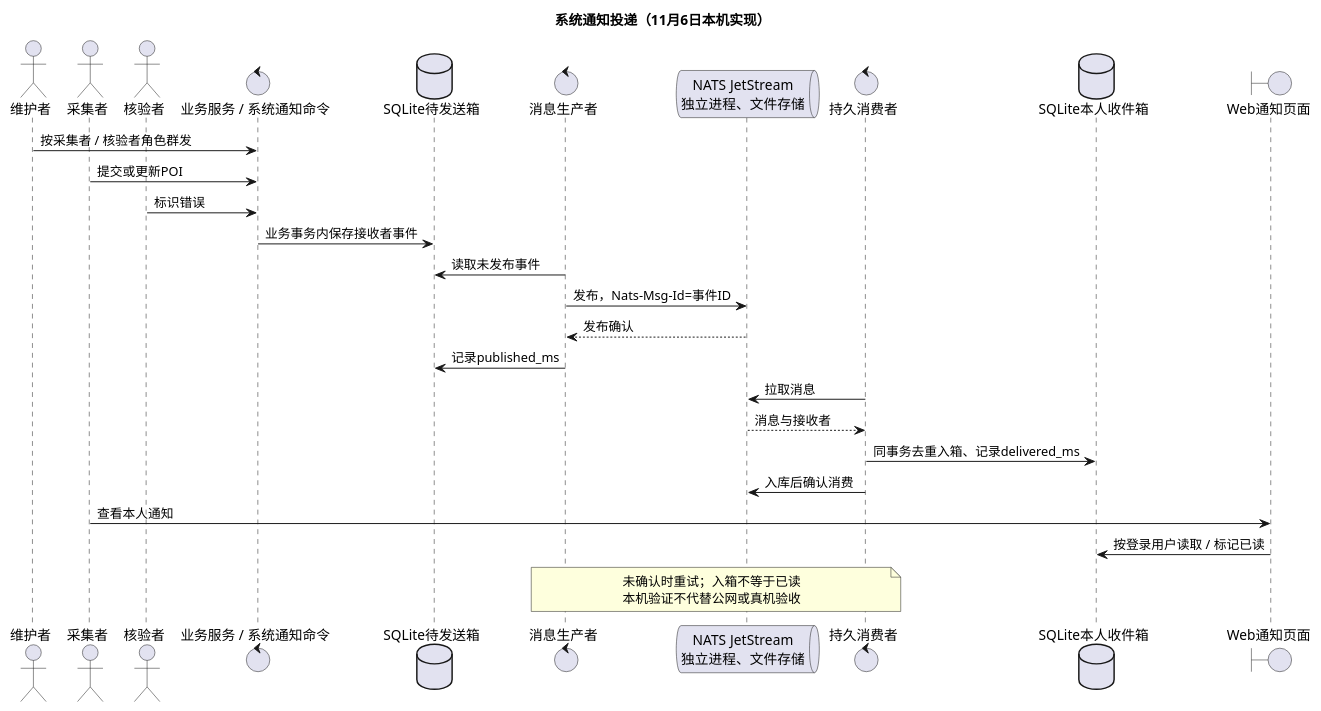
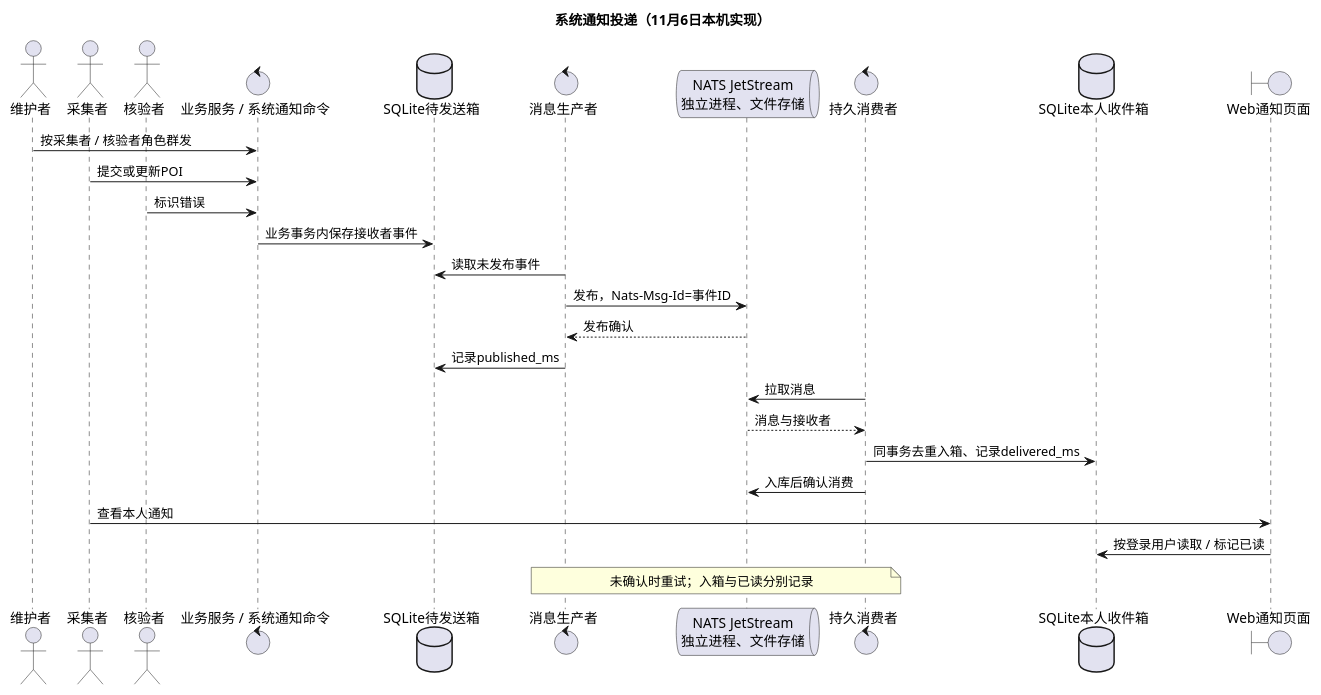
The diagram in docs/diagrams/notifications.puml (Florian-yang/mapqc-sadp-practice), drawn with PlantUML before and after one commit. The commit also changed 33 other files, not shown here.

```diff
--- a/docs/diagrams/notifications.puml
+++ b/docs/diagrams/notifications.puml
@@ -1,28 +1,28 @@
 @startuml
 title 系统通知投递（11月6日本机实现）
 actor 维护者
 actor 采集者
 actor 核验者
 control "业务服务 / 系统通知命令" as Business
 database "SQLite待发送箱" as Outbox
 control "消息生产者" as Producer
 queue "NATS JetStream\n独立进程、文件存储" as NATS
 control "持久消费者" as Consumer
 database "SQLite本人收件箱" as Inbox
 boundary "Web通知页面" as Web
 维护者 -> Business : 按采集者 / 核验者角色群发
 采集者 -> Business : 提交或更新POI
 核验者 -> Business : 标识错误
 Business -> Outbox : 业务事务内保存接收者事件
 Producer -> Outbox : 读取未发布事件
 Producer -> NATS : 发布，Nats-Msg-Id=事件ID
 NATS --> Producer : 发布确认
 Producer -> Outbox : 记录published_ms
 Consumer -> NATS : 拉取消息
 NATS --> Consumer : 消息与接收者
 Consumer -> Inbox : 同事务去重入箱、记录delivered_ms
 Consumer -> NATS : 入库后确认消费
 采集者 -> Web : 查看本人通知
 Web -> Inbox : 按登录用户读取 / 标记已读
-note over Producer, Consumer : 未确认时重试；入箱不等于已读\n本机验证不代替公网或真机验收
+note over Producer, Consumer : 未确认时重试；入箱与已读分别记录
 @enduml
```
